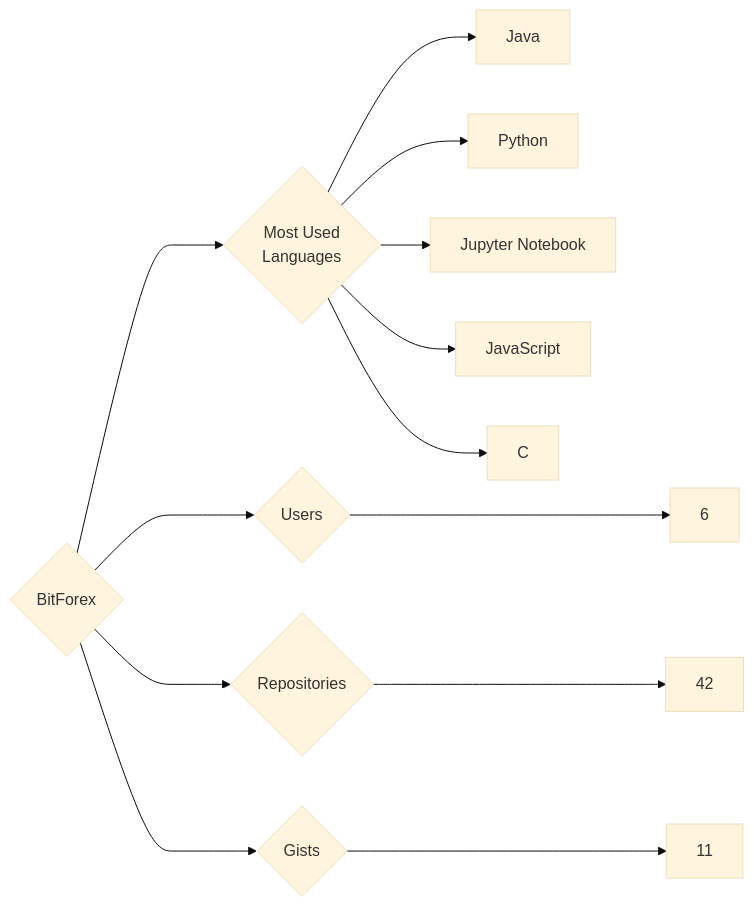
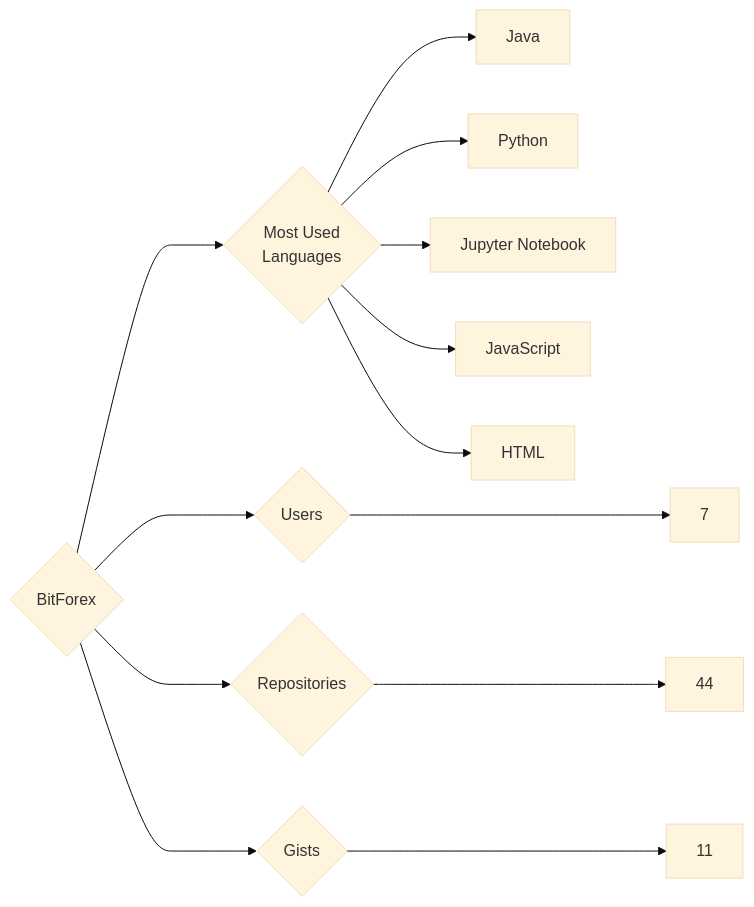
One commit to trickest/insiders changed the diagram in targets/BitForex/README.md. Above: the diagram before and after it, drawn with Mermaid (base theme). The commit also changed 942 other files, not shown here.

````diff
--- a/targets/BitForex/README.md
+++ b/targets/BitForex/README.md
@@ -3,13 +3,13 @@
 ```mermaid
 graph LR
 COMPANY_NAME{BitForex}
-COMPANY_NAME ---> U{Users} ---> UN[6]
-COMPANY_NAME ---> R{Repositories} ---> RN[42]
+COMPANY_NAME ---> U{Users} ---> UN[7]
+COMPANY_NAME ---> R{Repositories} ---> RN[44]
 COMPANY_NAME ---> G{Gists} ---> GN[11]
 COMPANY_NAME ---> ML{Most Used<br>Languages}
 ML --> Java[Java]
 ML --> Python[Python]
 ML --> Jupyter_Notebook[Jupyter Notebook]
 ML --> JavaScript[JavaScript]
-ML --> C[C]
+ML --> HTML[HTML]
 ```
````
